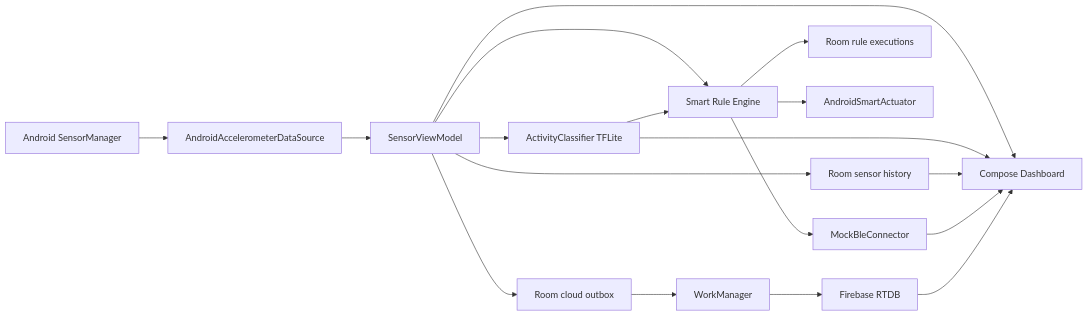
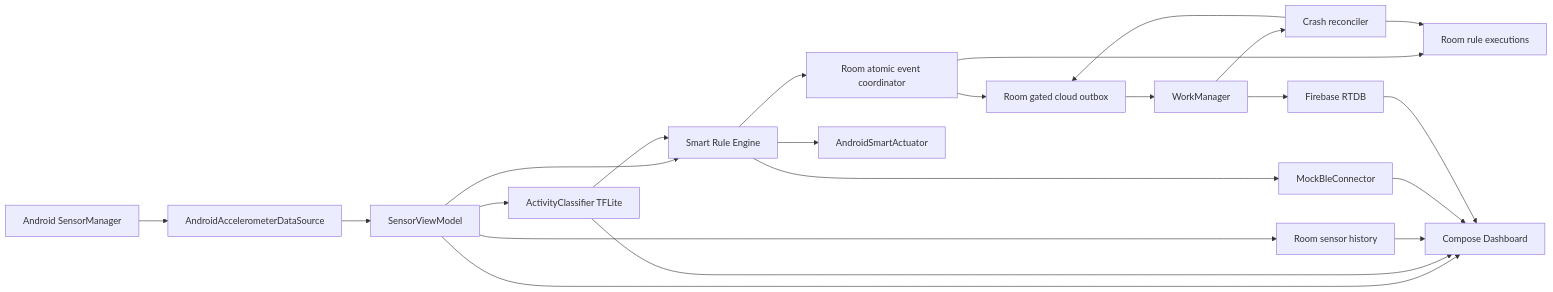
One commit to Eclipse-XS/SleepTrackerSimulator changed the diagram in docs/diagrams/lab7/01_architecture.mmd. Above: the diagram before and after it, drawn with Mermaid. The commit also changed 36 other files, not shown here.

```diff
--- a/docs/diagrams/lab7/01_architecture.mmd
+++ b/docs/diagrams/lab7/01_architecture.mmd
@@ -1,18 +1,22 @@
 flowchart LR
   SM[Android SensorManager] --> DS[AndroidAccelerometerDataSource]
   DS --> SVM[SensorViewModel]
   SVM --> ML[ActivityClassifier TFLite]
   SVM --> RH[Room sensor history]
   SVM --> SR[Smart Rule Engine]
   ML --> SR
-  SR --> EX[Room rule executions]
+  SR --> TX[Room atomic event coordinator]
+  TX --> EX[Room rule executions]
+  TX --> OUT[Room gated cloud outbox]
   SR --> ACT[AndroidSmartActuator]
   SR --> BLE[MockBleConnector]
-  SVM --> OUT[Room cloud outbox]
   OUT --> WM[WorkManager]
+  WM --> REC[Crash reconciler]
+  REC --> EX
+  REC --> OUT
   WM --> FB[Firebase RTDB]
   SVM --> UI[Compose Dashboard]
   ML --> UI
   RH --> UI
   BLE --> UI
   FB --> UI
```
